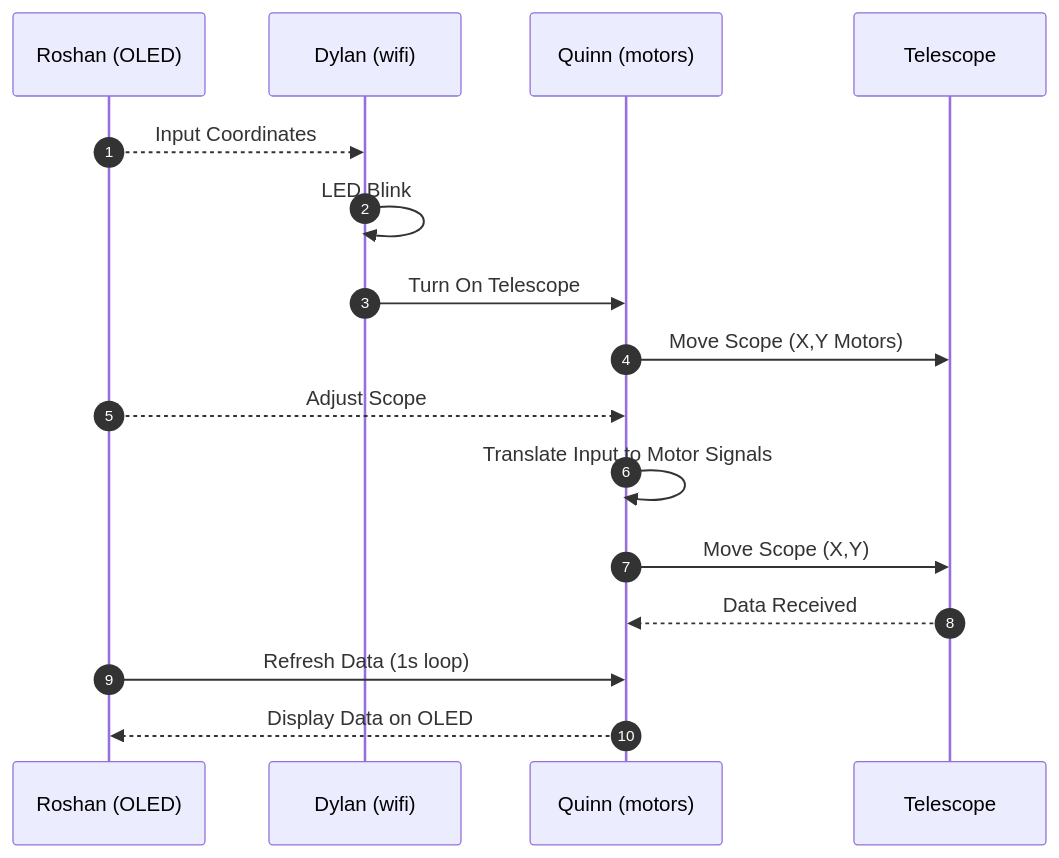
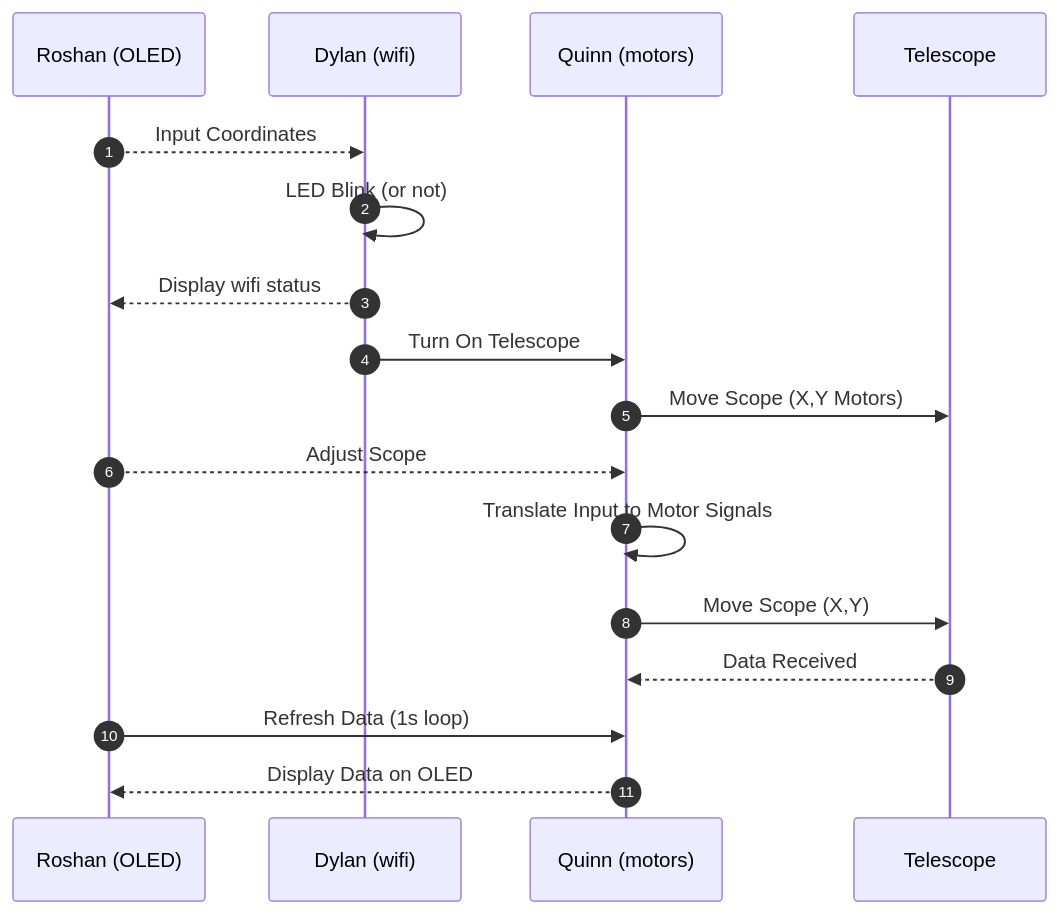
One commit to EGR314-S-2026-304/EGR314-S-2026-304.github.io changed the diagram in docs/04-Team-Diagram.md. Above: the diagram before and after it, drawn with Mermaid.

````diff
--- a/docs/04-Team-Diagram.md
+++ b/docs/04-Team-Diagram.md
@@ -14,23 +14,24 @@
 ``` mermaid
 sequenceDiagram
   autonumber
 
 
   participant Roshan (OLED)
   participant Dylan (wifi)
   participant Quinn (motors)
   participant Telescope
 
   Roshan (OLED)-->>Dylan (wifi): Input Coordinates
-  Dylan (wifi)->>Dylan (wifi): LED Blink
+  Dylan (wifi)->>Dylan (wifi): LED Blink (or not)
+  Dylan (wifi)-->>Roshan (OLED): Display wifi status
   Dylan (wifi)->>Quinn (motors): Turn On Telescope
   Quinn (motors)->>Telescope: Move Scope (X,Y Motors)
 
   Roshan (OLED)-->>Quinn (motors): Adjust Scope
   Quinn (motors)->>Quinn (motors): Translate Input to Motor Signals
   Quinn (motors)->>Telescope: Move Scope (X,Y)
 
   Telescope-->>Quinn (motors): Data Received
   Roshan (OLED)->>Quinn (motors): Refresh Data (1s loop)
   Quinn (motors)-->>Roshan (OLED): Display Data on OLED
 ```
````
